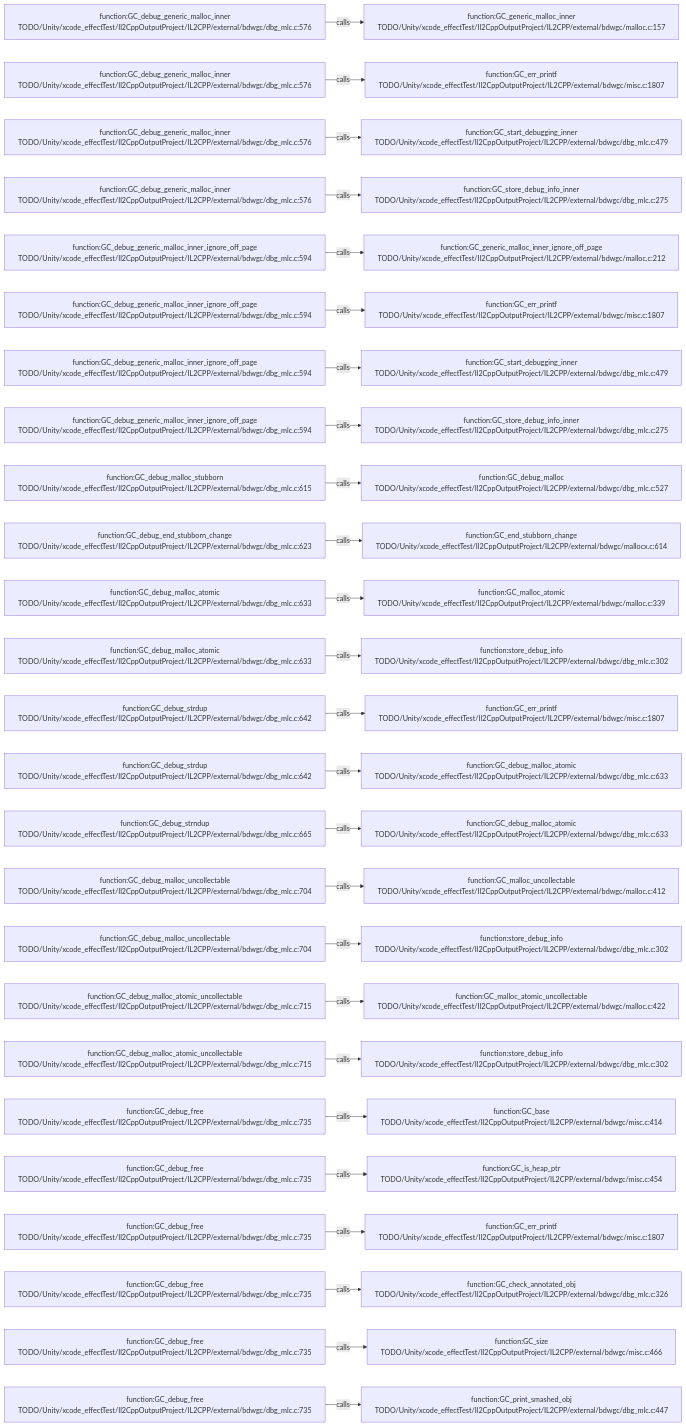
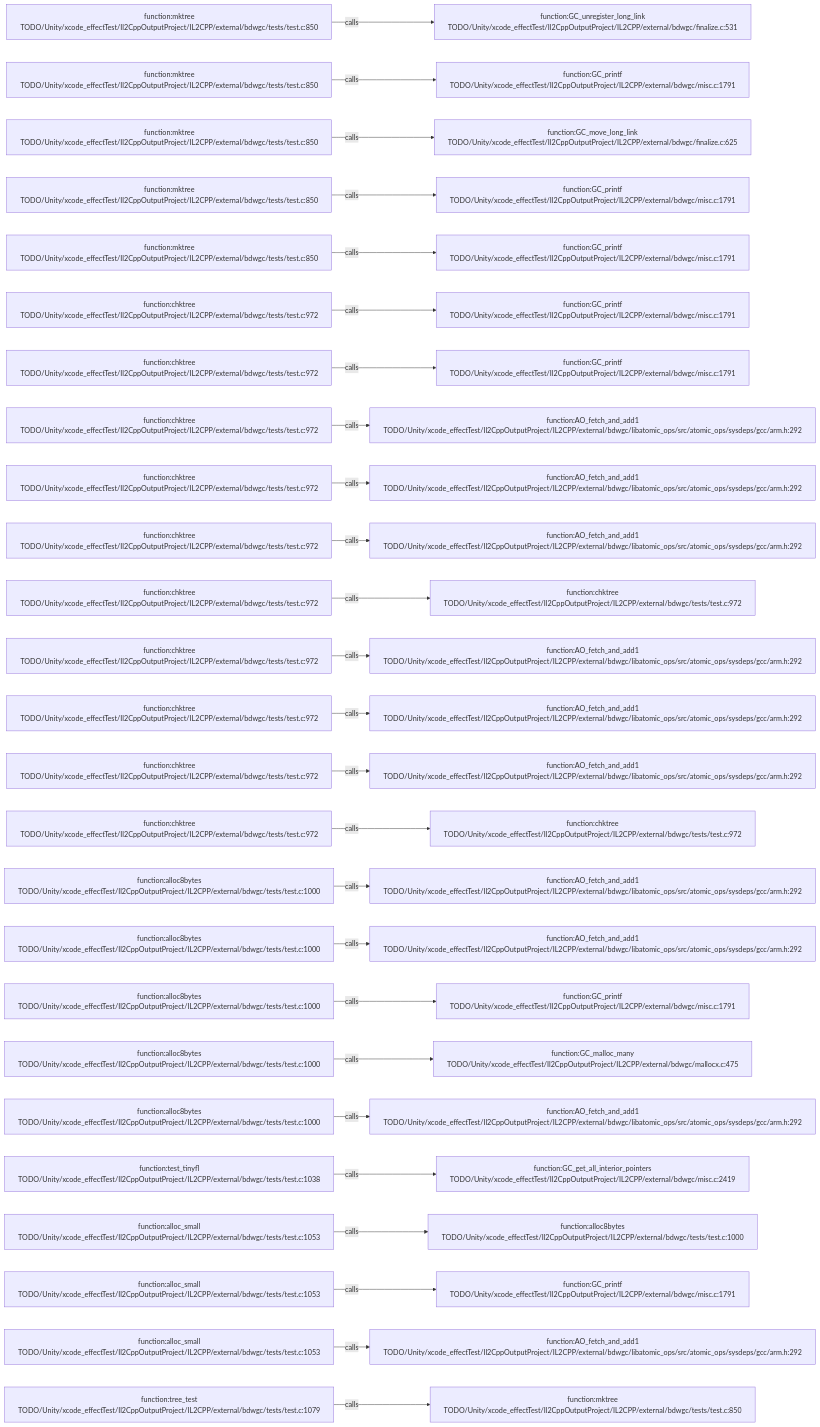
The diagram in .codegraph/codegraph.md/graphs/calls-167.md (JobsKits/JobsSwiftBaseConfigDemo), drawn with Mermaid before and after one commit. The commit also changed 227 other files, not shown here.

````diff
--- a/.codegraph/codegraph.md/graphs/calls-167.md
+++ b/.codegraph/codegraph.md/graphs/calls-167.md
@@ -13,78 +13,78 @@
 ```mermaid
 flowchart LR
-  S1["function:GC_debug_generic_malloc_inner<br/>TODO/Unity/xcode_effectTest/Il2CppOutputProject/IL2CPP/external/bdwgc/dbg_mlc.c:576"]
-  T1["function:GC_generic_malloc_inner<br/>TODO/Unity/xcode_effectTest/Il2CppOutputProject/IL2CPP/external/bdwgc/malloc.c:157"]
+  S1["function:mktree<br/>TODO/Unity/xcode_effectTest/Il2CppOutputProject/IL2CPP/external/bdwgc/tests/test.c:850"]
+  T1["function:GC_unregister_long_link<br/>TODO/Unity/xcode_effectTest/Il2CppOutputProject/IL2CPP/external/bdwgc/finalize.c:531"]
   S1 -->|calls| T1
-  S2["function:GC_debug_generic_malloc_inner<br/>TODO/Unity/xcode_effectTest/Il2CppOutputProject/IL2CPP/external/bdwgc/dbg_mlc.c:576"]
-  T2["function:GC_err_printf<br/>TODO/Unity/xcode_effectTest/Il2CppOutputProject/IL2CPP/external/bdwgc/misc.c:1807"]
+  S2["function:mktree<br/>TODO/Unity/xcode_effectTest/Il2CppOutputProject/IL2CPP/external/bdwgc/tests/test.c:850"]
+  T2["function:GC_printf<br/>TODO/Unity/xcode_effectTest/Il2CppOutputProject/IL2CPP/external/bdwgc/misc.c:1791"]
   S2 -->|calls| T2
-  S3["function:GC_debug_generic_malloc_inner<br/>TODO/Unity/xcode_effectTest/Il2CppOutputProject/IL2CPP/external/bdwgc/dbg_mlc.c:576"]
-  T3["function:GC_start_debugging_inner<br/>TODO/Unity/xcode_effectTest/Il2CppOutputProject/IL2CPP/external/bdwgc/dbg_mlc.c:479"]
+  S3["function:mktree<br/>TODO/Unity/xcode_effectTest/Il2CppOutputProject/IL2CPP/external/bdwgc/tests/test.c:850"]
+  T3["function:GC_move_long_link<br/>TODO/Unity/xcode_effectTest/Il2CppOutputProject/IL2CPP/external/bdwgc/finalize.c:625"]
   S3 -->|calls| T3
-  S4["function:GC_debug_generic_malloc_inner<br/>TODO/Unity/xcode_effectTest/Il2CppOutputProject/IL2CPP/external/bdwgc/dbg_mlc.c:576"]
-  T4["function:GC_store_debug_info_inner<br/>TODO/Unity/xcode_effectTest/Il2CppOutputProject/IL2CPP/external/bdwgc/dbg_mlc.c:275"]
+  S4["function:mktree<br/>TODO/Unity/xcode_effectTest/Il2CppOutputProject/IL2CPP/external/bdwgc/tests/test.c:850"]
+  T4["function:GC_printf<br/>TODO/Unity/xcode_effectTest/Il2CppOutputProject/IL2CPP/external/bdwgc/misc.c:1791"]
   S4 -->|calls| T4
-  S5["function:GC_debug_generic_malloc_inner_ignore_off_page<br/>TODO/Unity/xcode_effectTest/Il2CppOutputProject/IL2CPP/external/bdwgc/dbg_mlc.c:594"]
-  T5["function:GC_generic_malloc_inner_ignore_off_page<br/>TODO/Unity/xcode_effectTest/Il2CppOutputProject/IL2CPP/external/bdwgc/malloc.c:212"]
+  S5["function:mktree<br/>TODO/Unity/xcode_effectTest/Il2CppOutputProject/IL2CPP/external/bdwgc/tests/test.c:850"]
+  T5["function:GC_printf<br/>TODO/Unity/xcode_effectTest/Il2CppOutputProject/IL2CPP/external/bdwgc/misc.c:1791"]
   S5 -->|calls| T5
-  S6["function:GC_debug_generic_malloc_inner_ignore_off_page<br/>TODO/Unity/xcode_effectTest/Il2CppOutputProject/IL2CPP/external/bdwgc/dbg_mlc.c:594"]
-  T6["function:GC_err_printf<br/>TODO/Unity/xcode_effectTest/Il2CppOutputProject/IL2CPP/external/bdwgc/misc.c:1807"]
+  S6["function:chktree<br/>TODO/Unity/xcode_effectTest/Il2CppOutputProject/IL2CPP/external/bdwgc/tests/test.c:972"]
+  T6["function:GC_printf<br/>TODO/Unity/xcode_effectTest/Il2CppOutputProject/IL2CPP/external/bdwgc/misc.c:1791"]
   S6 -->|calls| T6
-  S7["function:GC_debug_generic_malloc_inner_ignore_off_page<br/>TODO/Unity/xcode_effectTest/Il2CppOutputProject/IL2CPP/external/bdwgc/dbg_mlc.c:594"]
-  T7["function:GC_start_debugging_inner<br/>TODO/Unity/xcode_effectTest/Il2CppOutputProject/IL2CPP/external/bdwgc/dbg_mlc.c:479"]
+  S7["function:chktree<br/>TODO/Unity/xcode_effectTest/Il2CppOutputProject/IL2CPP/external/bdwgc/tests/test.c:972"]
+  T7["function:GC_printf<br/>TODO/Unity/xcode_effectTest/Il2CppOutputProject/IL2CPP/external/bdwgc/misc.c:1791"]
   S7 -->|calls| T7
-  S8["function:GC_debug_generic_malloc_inner_ignore_off_page<br/>TODO/Unity/xcode_effectTest/Il2CppOutputProject/IL2CPP/external/bdwgc/dbg_mlc.c:594"]
-  T8["function:GC_store_debug_info_inner<br/>TODO/Unity/xcode_effectTest/Il2CppOutputProject/IL2CPP/external/bdwgc/dbg_mlc.c:275"]
+  S8["function:chktree<br/>TODO/Unity/xcode_effectTest/Il2CppOutputProject/IL2CPP/external/bdwgc/tests/test.c:972"]
+  T8["function:AO_fetch_and_add1<br/>TODO/Unity/xcode_effectTest/Il2CppOutputProject/IL2CPP/external/bdwgc/libatomic_ops/src/atomic_ops/sysdeps/gcc/arm.h:292"]
   S8 -->|calls| T8
-  S9["function:GC_debug_malloc_stubborn<br/>TODO/Unity/xcode_effectTest/Il2CppOutputProject/IL2CPP/external/bdwgc/dbg_mlc.c:615"]
-  T9["function:GC_debug_malloc<br/>TODO/Unity/xcode_effectTest/Il2CppOutputProject/IL2CPP/external/bdwgc/dbg_mlc.c:527"]
+  S9["function:chktree<br/>TODO/Unity/xcode_effectTest/Il2CppOutputProject/IL2CPP/external/bdwgc/tests/test.c:972"]
+  T9["function:AO_fetch_and_add1<br/>TODO/Unity/xcode_effectTest/Il2CppOutputProject/IL2CPP/external/bdwgc/libatomic_ops/src/atomic_ops/sysdeps/gcc/arm.h:292"]
   S9 -->|calls| T9
-  S10["function:GC_debug_end_stubborn_change<br/>TODO/Unity/xcode_effectTest/Il2CppOutputProject/IL2CPP/external/bdwgc/dbg_mlc.c:623"]
-  T10["function:GC_end_stubborn_change<br/>TODO/Unity/xcode_effectTest/Il2CppOutputProject/IL2CPP/external/bdwgc/mallocx.c:614"]
+  S10["function:chktree<br/>TODO/Unity/xcode_effectTest/Il2CppOutputProject/IL2CPP/external/bdwgc/tests/test.c:972"]
+  T10["function:AO_fetch_and_add1<br/>TODO/Unity/xcode_effectTest/Il2CppOutputProject/IL2CPP/external/bdwgc/libatomic_ops/src/atomic_ops/sysdeps/gcc/arm.h:292"]
   S10 -->|calls| T10
-  S11["function:GC_debug_malloc_atomic<br/>TODO/Unity/xcode_effectTest/Il2CppOutputProject/IL2CPP/external/bdwgc/dbg_mlc.c:633"]
-  T11["function:GC_malloc_atomic<br/>TODO/Unity/xcode_effectTest/Il2CppOutputProject/IL2CPP/external/bdwgc/malloc.c:339"]
+  S11["function:chktree<br/>TODO/Unity/xcode_effectTest/Il2CppOutputProject/IL2CPP/external/bdwgc/tests/test.c:972"]
+  T11["function:chktree<br/>TODO/Unity/xcode_effectTest/Il2CppOutputProject/IL2CPP/external/bdwgc/tests/test.c:972"]
   S11 -->|calls| T11
-  S12["function:GC_debug_malloc_atomic<br/>TODO/Unity/xcode_effectTest/Il2CppOutputProject/IL2CPP/external/bdwgc/dbg_mlc.c:633"]
-  T12["function:store_debug_info<br/>TODO/Unity/xcode_effectTest/Il2CppOutputProject/IL2CPP/external/bdwgc/dbg_mlc.c:302"]
+  S12["function:chktree<br/>TODO/Unity/xcode_effectTest/Il2CppOutputProject/IL2CPP/external/bdwgc/tests/test.c:972"]
+  T12["function:AO_fetch_and_add1<br/>TODO/Unity/xcode_effectTest/Il2CppOutputProject/IL2CPP/external/bdwgc/libatomic_ops/src/atomic_ops/sysdeps/gcc/arm.h:292"]
   S12 -->|calls| T12
-  S13["function:GC_debug_strdup<br/>TODO/Unity/xcode_effectTest/Il2CppOutputProject/IL2CPP/external/bdwgc/dbg_mlc.c:642"]
-  T13["function:GC_err_printf<br/>TODO/Unity/xcode_effectTest/Il2CppOutputProject/IL2CPP/external/bdwgc/misc.c:1807"]
+  S13["function:chktree<br/>TODO/Unity/xcode_effectTest/Il2CppOutputProject/IL2CPP/external/bdwgc/tests/test.c:972"]
+  T13["function:AO_fetch_and_add1<br/>TODO/Unity/xcode_effectTest/Il2CppOutputProject/IL2CPP/external/bdwgc/libatomic_ops/src/atomic_ops/sysdeps/gcc/arm.h:292"]
   S13 -->|calls| T13
-  S14["function:GC_debug_strdup<br/>TODO/Unity/xcode_effectTest/Il2CppOutputProject/IL2CPP/external/bdwgc/dbg_mlc.c:642"]
-  T14["function:GC_debug_malloc_atomic<br/>TODO/Unity/xcode_effectTest/Il2CppOutputProject/IL2CPP/external/bdwgc/dbg_mlc.c:633"]
+  S14["function:chktree<br/>TODO/Unity/xcode_effectTest/Il2CppOutputProject/IL2CPP/external/bdwgc/tests/test.c:972"]
+  T14["function:AO_fetch_and_add1<br/>TODO/Unity/xcode_effectTest/Il2CppOutputProject/IL2CPP/external/bdwgc/libatomic_ops/src/atomic_ops/sysdeps/gcc/arm.h:292"]
   S14 -->|calls| T14
-  S15["function:GC_debug_strndup<br/>TODO/Unity/xcode_effectTest/Il2CppOutputProject/IL2CPP/external/bdwgc/dbg_mlc.c:665"]
-  T15["function:GC_debug_malloc_atomic<br/>TODO/Unity/xcode_effectTest/Il2CppOutputProject/IL2CPP/external/bdwgc/dbg_mlc.c:633"]
+  S15["function:chktree<br/>TODO/Unity/xcode_effectTest/Il2CppOutputProject/IL2CPP/external/bdwgc/tests/test.c:972"]
+  T15["function:chktree<br/>TODO/Unity/xcode_effectTest/Il2CppOutputProject/IL2CPP/external/bdwgc/tests/test.c:972"]
   S15 -->|calls| T15
-  S16["function:GC_debug_malloc_uncollectable<br/>TODO/Unity/xcode_effectTest/Il2CppOutputProject/IL2CPP/external/bdwgc/dbg_mlc.c:704"]
-  T16["function:GC_malloc_uncollectable<br/>TODO/Unity/xcode_effectTest/Il2CppOutputProject/IL2CPP/external/bdwgc/malloc.c:412"]
+  S16["function:alloc8bytes<br/>TODO/Unity/xcode_effectTest/Il2CppOutputProject/IL2CPP/external/bdwgc/tests/test.c:1000"]
+  T16["function:AO_fetch_and_add1<br/>TODO/Unity/xcode_effectTest/Il2CppOutputProject/IL2CPP/external/bdwgc/libatomic_ops/src/atomic_ops/sysdeps/gcc/arm.h:292"]
   S16 -->|calls| T16
-  S17["function:GC_debug_malloc_uncollectable<br/>TODO/Unity/xcode_effectTest/Il2CppOutputProject/IL2CPP/external/bdwgc/dbg_mlc.c:704"]
-  T17["function:store_debug_info<br/>TODO/Unity/xcode_effectTest/Il2CppOutputProject/IL2CPP/external/bdwgc/dbg_mlc.c:302"]
+  S17["function:alloc8bytes<br/>TODO/Unity/xcode_effectTest/Il2CppOutputProject/IL2CPP/external/bdwgc/tests/test.c:1000"]
+  T17["function:AO_fetch_and_add1<br/>TODO/Unity/xcode_effectTest/Il2CppOutputProject/IL2CPP/external/bdwgc/libatomic_ops/src/atomic_ops/sysdeps/gcc/arm.h:292"]
   S17 -->|calls| T17
-  S18["function:GC_debug_malloc_atomic_uncollectable<br/>TODO/Unity/xcode_effectTest/Il2CppOutputProject/IL2CPP/external/bdwgc/dbg_mlc.c:715"]
-  T18["function:GC_malloc_atomic_uncollectable<br/>TODO/Unity/xcode_effectTest/Il2CppOutputProject/IL2CPP/external/bdwgc/malloc.c:422"]
+  S18["function:alloc8bytes<br/>TODO/Unity/xcode_effectTest/Il2CppOutputProject/IL2CPP/external/bdwgc/tests/test.c:1000"]
+  T18["function:GC_printf<br/>TODO/Unity/xcode_effectTest/Il2CppOutputProject/IL2CPP/external/bdwgc/misc.c:1791"]
   S18 -->|calls| T18
-  S19["function:GC_debug_malloc_atomic_uncollectable<br/>TODO/Unity/xcode_effectTest/Il2CppOutputProject/IL2CPP/external/bdwgc/dbg_mlc.c:715"]
-  T19["function:store_debug_info<br/>TODO/Unity/xcode_effectTest/Il2CppOutputProject/IL2CPP/external/bdwgc/dbg_mlc.c:302"]
+  S19["function:alloc8bytes<br/>TODO/Unity/xcode_effectTest/Il2CppOutputProject/IL2CPP/external/bdwgc/tests/test.c:1000"]
+  T19["function:GC_malloc_many<br/>TODO/Unity/xcode_effectTest/Il2CppOutputProject/IL2CPP/external/bdwgc/mallocx.c:475"]
   S19 -->|calls| T19
-  S20["function:GC_debug_free<br/>TODO/Unity/xcode_effectTest/Il2CppOutputProject/IL2CPP/external/bdwgc/dbg_mlc.c:735"]
-  T20["function:GC_base<br/>TODO/Unity/xcode_effectTest/Il2CppOutputProject/IL2CPP/external/bdwgc/misc.c:414"]
+  S20["function:alloc8bytes<br/>TODO/Unity/xcode_effectTest/Il2CppOutputProject/IL2CPP/external/bdwgc/tests/test.c:1000"]
+  T20["function:AO_fetch_and_add1<br/>TODO/Unity/xcode_effectTest/Il2CppOutputProject/IL2CPP/external/bdwgc/libatomic_ops/src/atomic_ops/sysdeps/gcc/arm.h:292"]
   S20 -->|calls| T20
-  S21["function:GC_debug_free<br/>TODO/Unity/xcode_effectTest/Il2CppOutputProject/IL2CPP/external/bdwgc/dbg_mlc.c:735"]
-  T21["function:GC_is_heap_ptr<br/>TODO/Unity/xcode_effectTest/Il2CppOutputProject/IL2CPP/external/bdwgc/misc.c:454"]
+  S21["function:test_tinyfl<br/>TODO/Unity/xcode_effectTest/Il2CppOutputProject/IL2CPP/external/bdwgc/tests/test.c:1038"]
+  T21["function:GC_get_all_interior_pointers<br/>TODO/Unity/xcode_effectTest/Il2CppOutputProject/IL2CPP/external/bdwgc/misc.c:2419"]
   S21 -->|calls| T21
-  S22["function:GC_debug_free<br/>TODO/Unity/xcode_effectTest/Il2CppOutputProject/IL2CPP/external/bdwgc/dbg_mlc.c:735"]
-  T22["function:GC_err_printf<br/>TODO/Unity/xcode_effectTest/Il2CppOutputProject/IL2CPP/external/bdwgc/misc.c:1807"]
+  S22["function:alloc_small<br/>TODO/Unity/xcode_effectTest/Il2CppOutputProject/IL2CPP/external/bdwgc/tests/test.c:1053"]
+  T22["function:alloc8bytes<br/>TODO/Unity/xcode_effectTest/Il2CppOutputProject/IL2CPP/external/bdwgc/tests/test.c:1000"]
   S22 -->|calls| T22
-  S23["function:GC_debug_free<br/>TODO/Unity/xcode_effectTest/Il2CppOutputProject/IL2CPP/external/bdwgc/dbg_mlc.c:735"]
-  T23["function:GC_check_annotated_obj<br/>TODO/Unity/xcode_effectTest/Il2CppOutputProject/IL2CPP/external/bdwgc/dbg_mlc.c:326"]
+  S23["function:alloc_small<br/>TODO/Unity/xcode_effectTest/Il2CppOutputProject/IL2CPP/external/bdwgc/tests/test.c:1053"]
+  T23["function:GC_printf<br/>TODO/Unity/xcode_effectTest/Il2CppOutputProject/IL2CPP/external/bdwgc/misc.c:1791"]
   S23 -->|calls| T23
-  S24["function:GC_debug_free<br/>TODO/Unity/xcode_effectTest/Il2CppOutputProject/IL2CPP/external/bdwgc/dbg_mlc.c:735"]
-  T24["function:GC_size<br/>TODO/Unity/xcode_effectTest/Il2CppOutputProject/IL2CPP/external/bdwgc/misc.c:466"]
+  S24["function:alloc_small<br/>TODO/Unity/xcode_effectTest/Il2CppOutputProject/IL2CPP/external/bdwgc/tests/test.c:1053"]
+  T24["function:AO_fetch_and_add1<br/>TODO/Unity/xcode_effectTest/Il2CppOutputProject/IL2CPP/external/bdwgc/libatomic_ops/src/atomic_ops/sysdeps/gcc/arm.h:292"]
   S24 -->|calls| T24
-  S25["function:GC_debug_free<br/>TODO/Unity/xcode_effectTest/Il2CppOutputProject/IL2CPP/external/bdwgc/dbg_mlc.c:735"]
-  T25["function:GC_print_smashed_obj<br/>TODO/Unity/xcode_effectTest/Il2CppOutputProject/IL2CPP/external/bdwgc/dbg_mlc.c:447"]
+  S25["function:tree_test<br/>TODO/Unity/xcode_effectTest/Il2CppOutputProject/IL2CPP/external/bdwgc/tests/test.c:1079"]
+  T25["function:mktree<br/>TODO/Unity/xcode_effectTest/Il2CppOutputProject/IL2CPP/external/bdwgc/tests/test.c:850"]
   S25 -->|calls| T25
 ```
````
